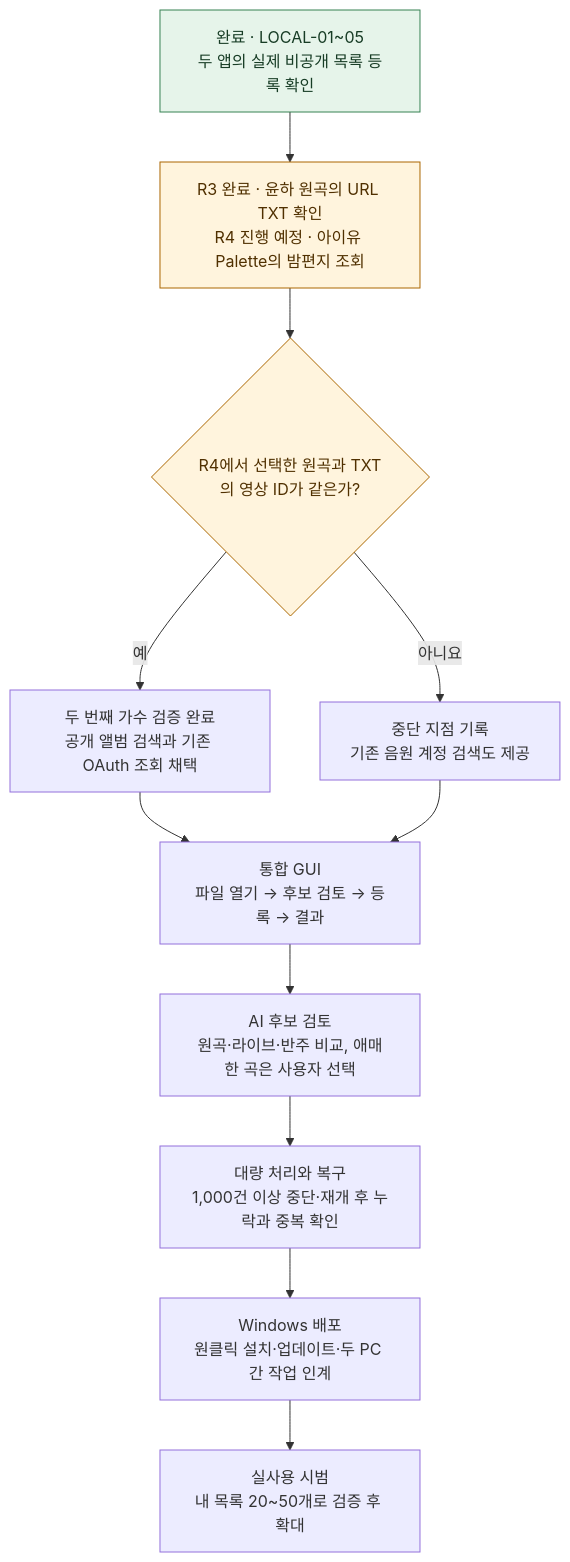
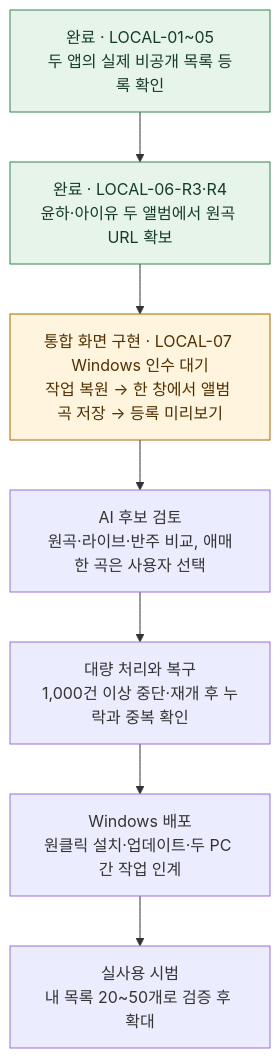
Before and after one commit to junis2002/Youtube_Playlist: the diagram in ROADMAP.md, drawn with Mermaid. The commit also changed other lines of this file and 19 other files, not shown here.

````diff
--- a/ROADMAP.md
+++ b/ROADMAP.md
@@ -3,25 +3,17 @@
 ```mermaid
 flowchart TB
     A["완료 · LOCAL-01~05<br/>두 앱의 실제 비공개 목록 등록 확인"]
-    B["R3 완료 · 윤하 원곡의 URL TXT 확인<br/>R4 진행 예정 · 아이유 Palette의 밤편지 조회"]
-    C{"R4에서 선택한 원곡과 TXT의 영상 ID가 같은가?"}
-    D["두 번째 가수 검증 완료<br/>공개 앨범 검색과 기존 OAuth 조회 채택"]
-    E["중단 지점 기록<br/>기존 음원 계정 검색도 제공"]
-    F["통합 GUI<br/>파일 열기 → 후보 검토 → 등록 → 결과"]
+    B["완료 · LOCAL-06-R3·R4<br/>윤하·아이유 두 앨범에서 원곡 URL 확보"]
+    F["통합 화면 구현 · LOCAL-07 Windows 인수 대기<br/>작업 복원 → 한 창에서 앨범 곡 저장 → 등록 미리보기"]
     G["AI 후보 검토<br/>원곡·라이브·반주 비교, 애매한 곡은 사용자 선택"]
     H["대량 처리와 복구<br/>1,000건 이상 중단·재개 후 누락과 중복 확인"]
     I["Windows 배포<br/>원클릭 설치·업데이트·두 PC 간 작업 인계"]
     J["실사용 시범<br/>내 목록 20~50개로 검증 후 확대"]
 
-    A --> B --> C
-    C -->|예| D
-    C -->|아니요| E
-    D --> F
-    E --> F
-    F --> G --> H --> I --> J
+    A --> B --> F --> G --> H --> I --> J
 
     classDef done fill:#e6f4ea,stroke:#368253,color:#173c25
     classDef next fill:#fff4dd,stroke:#ab6700,color:#503000
-    class A done
-    class B,C next
+    class A,B done
+    class F next
 ```
````
